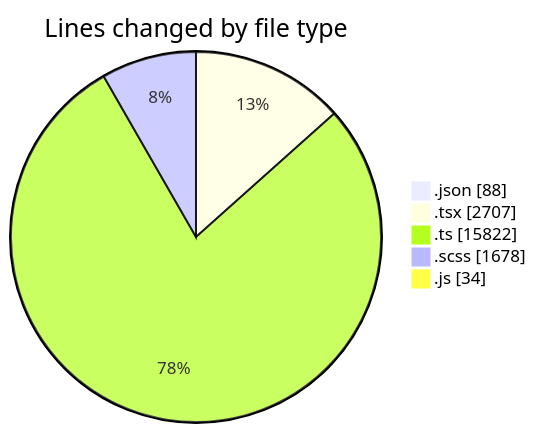
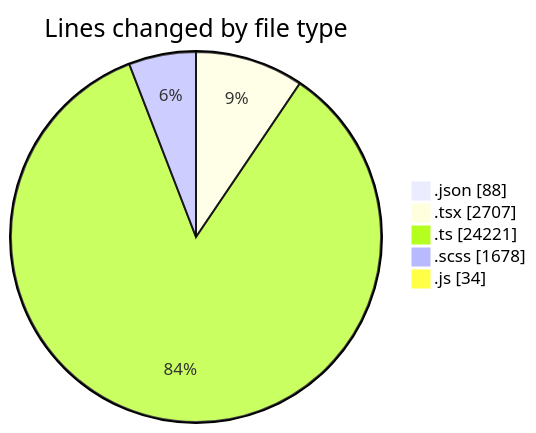
The first of 2 diagrams in 2026-10-22/cda/README.md (momahboobian/code-tracking), drawn with Mermaid before and after one commit. The commit also changed other lines of this file and 1 other file, not shown here.

````diff
--- a/2026-10-22/cda/README.md
+++ b/2026-10-22/cda/README.md
@@ -39,9 +39,9 @@
 ```mermaid
 pie showData
 title Lines changed by file type
 ".json" : 88
 ".tsx" : 2707
-".ts" : 15822
+".ts" : 24221
 ".scss" : 1678
 ".js" : 34
 ```
````
